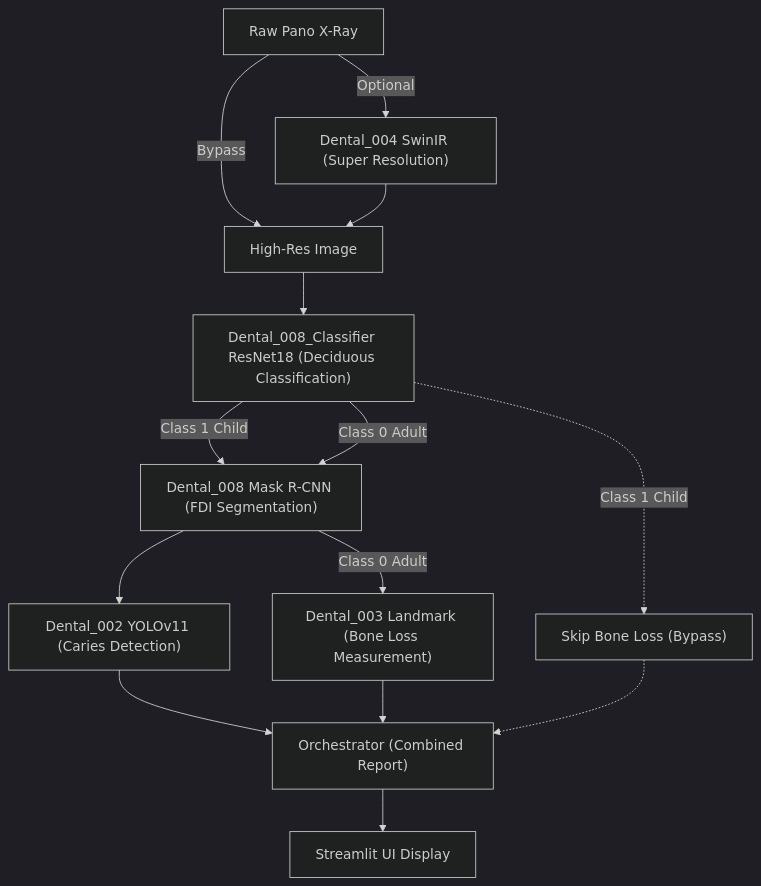
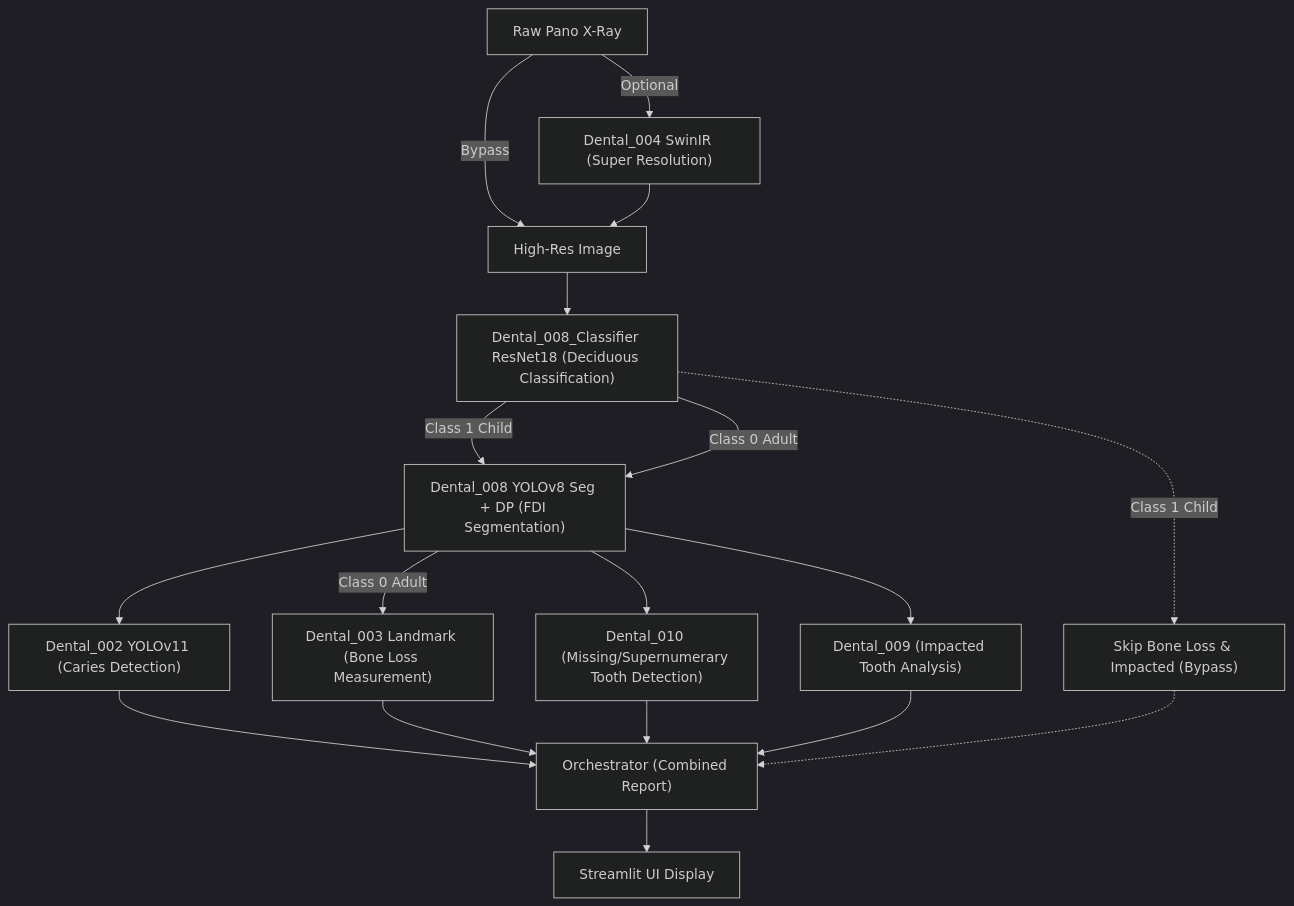
One commit to HyunchanAn/Dental_Panoramic_Reader changed the diagram in README.md. Above: the diagram before and after it, drawn with Mermaid (dark theme). The commit also changed other lines of this file, not shown here.

Commit message:
docs: Update README with 009, 010 integration and YOLOv8 info

````diff
--- a/README.md
+++ b/README.md
@@ -12,22 +12,27 @@
 ```mermaid
 graph TD
     A["Raw Pano X-Ray"] -->|Optional| B["Dental_004 SwinIR (Super Resolution)"]
     A -->|Bypass| C["Base Image"]
     B --> C["High-Res Image"]
     
     C --> P["Dental_008_Classifier ResNet18 (Deciduous Classification)"]
     
-    P -->|Class 1 Child| D["Dental_008 Mask R-CNN (FDI Segmentation)"]
+    P -->|Class 1 Child| D["Dental_008 YOLOv8 Seg + DP (FDI Segmentation)"]
     P -->|Class 0 Adult| D
     
     D --> E["Dental_002 YOLOv11 (Caries Detection)"]
     
-    P -.->|Class 1 Child| SKIP["Skip Bone Loss (Bypass)"]
+    P -.->|Class 1 Child| SKIP["Skip Bone Loss & Impacted (Bypass)"]
     D -->|Class 0 Adult| F["Dental_003 Landmark (Bone Loss Measurement)"]
+    
+    D --> I["Dental_010 (Missing/Supernumerary Tooth Detection)"]
+    D --> J["Dental_009 (Impacted Tooth Analysis)"]
     
     E --> G["Orchestrator (Combined Report)"]
     F --> G
+    I --> G
+    J --> G
     SKIP -.-> G
     
     G --> H["Streamlit UI Display"]
 ```
````
